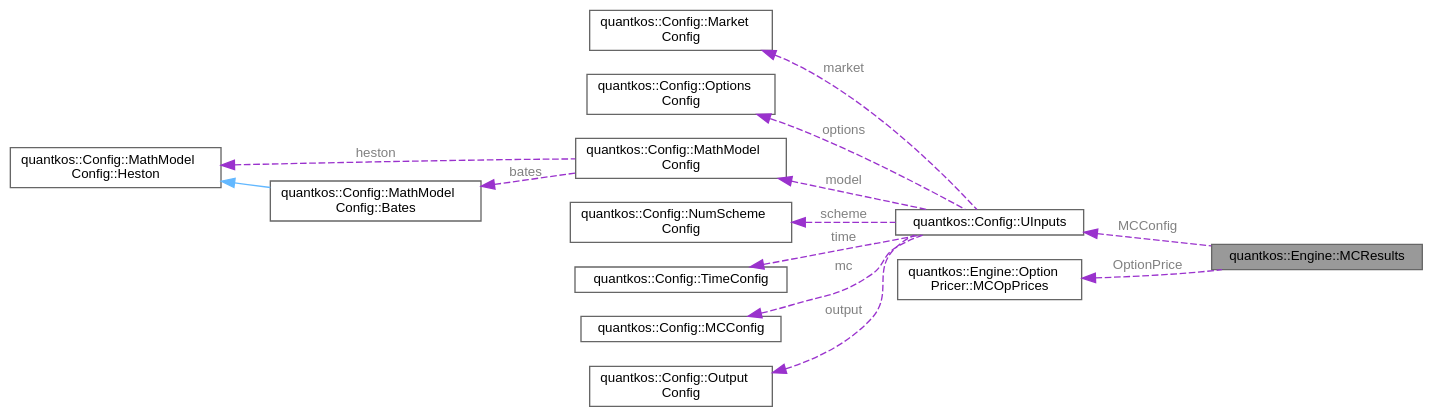
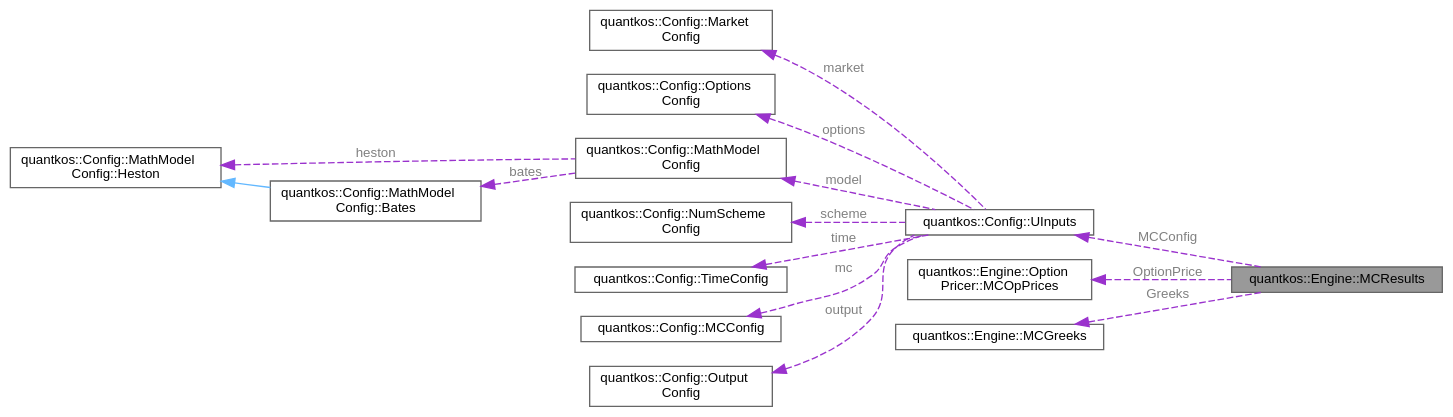
One commit to zeno-geddo/QuantKos changed the diagram in dev-zen/structquantkos_1_1Engine_1_1MCResults__coll__graph.dot. Above: the diagram before and after it, drawn with Graphviz. The commit also changed 177 other files, not shown here.

```diff
--- a/dev-zen/structquantkos_1_1Engine_1_1MCResults__coll__graph.dot
+++ b/dev-zen/structquantkos_1_1Engine_1_1MCResults__coll__graph.dot
@@ -1,32 +1,34 @@
 digraph "quantkos::Engine::MCResults"
 {
  // LATEX_PDF_SIZE
   bgcolor="transparent";
   edge [fontname=Helvetica,fontsize=10,labelfontname=Helvetica,labelfontsize=10];
   node [fontname=Helvetica,fontsize=10,shape=box,height=0.2,width=0.4];
   rankdir="LR";
   Node1 [id="Node000001",label="quantkos::Engine::MCResults",height=0.2,width=0.4,color="gray40", fillcolor="grey60", style="filled", fontcolor="black",tooltip="Immutable snapshot container for Monte Carlo simulation outputs."];
   Node2 -> Node1 [id="edge1_Node000001_Node000002",dir="back",color="darkorchid3",style="dashed",tooltip=" ",label=" MCConfig",fontcolor="grey" ];
   Node2 [id="Node000002",label="quantkos::Config::UInputs",height=0.2,width=0.4,color="gray40", fillcolor="white", style="filled",URL="$structquantkos_1_1Config_1_1UInputs.html",tooltip="Master configuration container for the simulation engine."];
   Node3 -> Node2 [id="edge2_Node000002_Node000003",dir="back",color="darkorchid3",style="dashed",tooltip=" ",label=" market",fontcolor="grey" ];
   Node3 [id="Node000003",label="quantkos::Config::Market\lConfig",height=0.2,width=0.4,color="gray40", fillcolor="white", style="filled",URL="$structquantkos_1_1Config_1_1MarketConfig.html",tooltip="Market environment configuration."];
   Node4 -> Node2 [id="edge3_Node000002_Node000004",dir="back",color="darkorchid3",style="dashed",tooltip=" ",label=" options",fontcolor="grey" ];
   Node4 [id="Node000004",label="quantkos::Config::Options\lConfig",height=0.2,width=0.4,color="gray40", fillcolor="white", style="filled",URL="$structquantkos_1_1Config_1_1OptionsConfig.html",tooltip="Options configuration."];
   Node5 -> Node2 [id="edge4_Node000002_Node000005",dir="back",color="darkorchid3",style="dashed",tooltip=" ",label=" model",fontcolor="grey" ];
   Node5 [id="Node000005",label="quantkos::Config::MathModel\lConfig",height=0.2,width=0.4,color="gray40", fillcolor="white", style="filled",URL="$structquantkos_1_1Config_1_1MathModelConfig.html",tooltip="Manages SDE model and parameters."];
   Node6 -> Node5 [id="edge5_Node000005_Node000006",dir="back",color="darkorchid3",style="dashed",tooltip=" ",label=" heston",fontcolor="grey" ];
   Node6 [id="Node000006",label="quantkos::Config::MathModel\lConfig::Heston",height=0.2,width=0.4,color="gray40", fillcolor="white", style="filled",URL="$structquantkos_1_1Config_1_1MathModelConfig_1_1Heston.html",tooltip="Core Heston stochastic volatility parameters."];
   Node7 -> Node5 [id="edge6_Node000005_Node000007",dir="back",color="darkorchid3",style="dashed",tooltip=" ",label=" bates",fontcolor="grey" ];
   Node7 [id="Node000007",label="quantkos::Config::MathModel\lConfig::Bates",height=0.2,width=0.4,color="gray40", fillcolor="white", style="filled",URL="$structquantkos_1_1Config_1_1MathModelConfig_1_1Bates.html",tooltip="Bates jump-diffusion extension."];
   Node6 -> Node7 [id="edge7_Node000007_Node000006",dir="back",color="steelblue1",style="solid",tooltip=" "];
   Node8 -> Node2 [id="edge8_Node000002_Node000008",dir="back",color="darkorchid3",style="dashed",tooltip=" ",label=" scheme",fontcolor="grey" ];
   Node8 [id="Node000008",label="quantkos::Config::NumScheme\lConfig",height=0.2,width=0.4,color="gray40", fillcolor="white", style="filled",URL="$structquantkos_1_1Config_1_1NumSchemeConfig.html",tooltip="Numerical Scheme configuration."];
   Node9 -> Node2 [id="edge9_Node000002_Node000009",dir="back",color="darkorchid3",style="dashed",tooltip=" ",label=" time",fontcolor="grey" ];
   Node9 [id="Node000009",label="quantkos::Config::TimeConfig",height=0.2,width=0.4,color="gray40", fillcolor="white", style="filled",URL="$structquantkos_1_1Config_1_1TimeConfig.html",tooltip="Time stepping configuration."];
   Node10 -> Node2 [id="edge10_Node000002_Node000010",dir="back",color="darkorchid3",style="dashed",tooltip=" ",label=" mc",fontcolor="grey" ];
   Node10 [id="Node000010",label="quantkos::Config::MCConfig",height=0.2,width=0.4,color="gray40", fillcolor="white", style="filled",URL="$structquantkos_1_1Config_1_1MCConfig.html",tooltip="Configuration parameters for the Monte Carlo engine."];
   Node11 -> Node2 [id="edge11_Node000002_Node000011",dir="back",color="darkorchid3",style="dashed",tooltip=" ",label=" output",fontcolor="grey" ];
   Node11 [id="Node000011",label="quantkos::Config::Output\lConfig",height=0.2,width=0.4,color="gray40", fillcolor="white", style="filled",URL="$structquantkos_1_1Config_1_1OutputConfig.html",tooltip="Configuration for file system I/O and logging."];
   Node12 -> Node1 [id="edge12_Node000001_Node000012",dir="back",color="darkorchid3",style="dashed",tooltip=" ",label=" OptionPrice",fontcolor="grey" ];
   Node12 [id="Node000012",label="quantkos::Engine::Option\lPricer::MCOpPrices",height=0.2,width=0.4,color="gray40", fillcolor="white", style="filled",URL="$structquantkos_1_1Engine_1_1OptionPricer_1_1MCOpPrices.html",tooltip="Storage container for final simulation metrics and distribution percentiles."];
+  Node13 -> Node1 [id="edge13_Node000001_Node000013",dir="back",color="darkorchid3",style="dashed",tooltip=" ",label=" Greeks",fontcolor="grey" ];
+  Node13 [id="Node000013",label="quantkos::Engine::MCGreeks",height=0.2,width=0.4,color="gray40", fillcolor="white", style="filled",URL="$structquantkos_1_1Engine_1_1MCGreeks.html",tooltip="Container holding the final risk-neutral Greeks."];
 }
```
